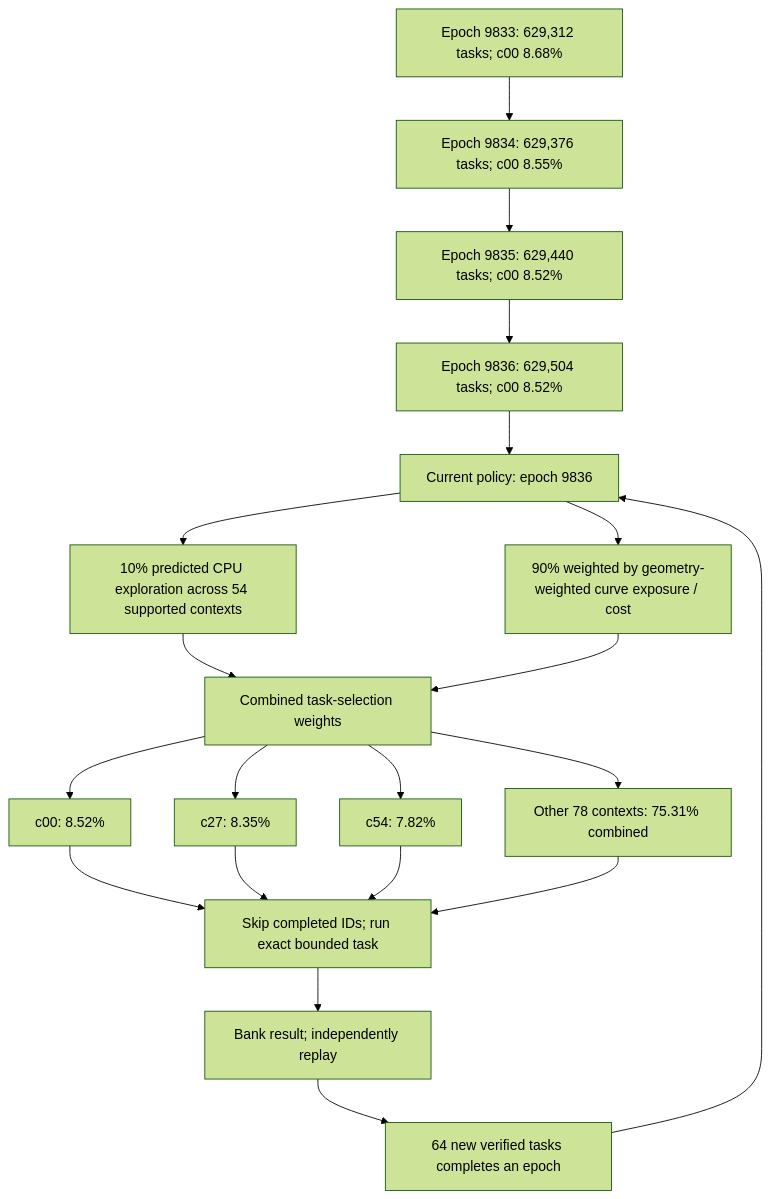
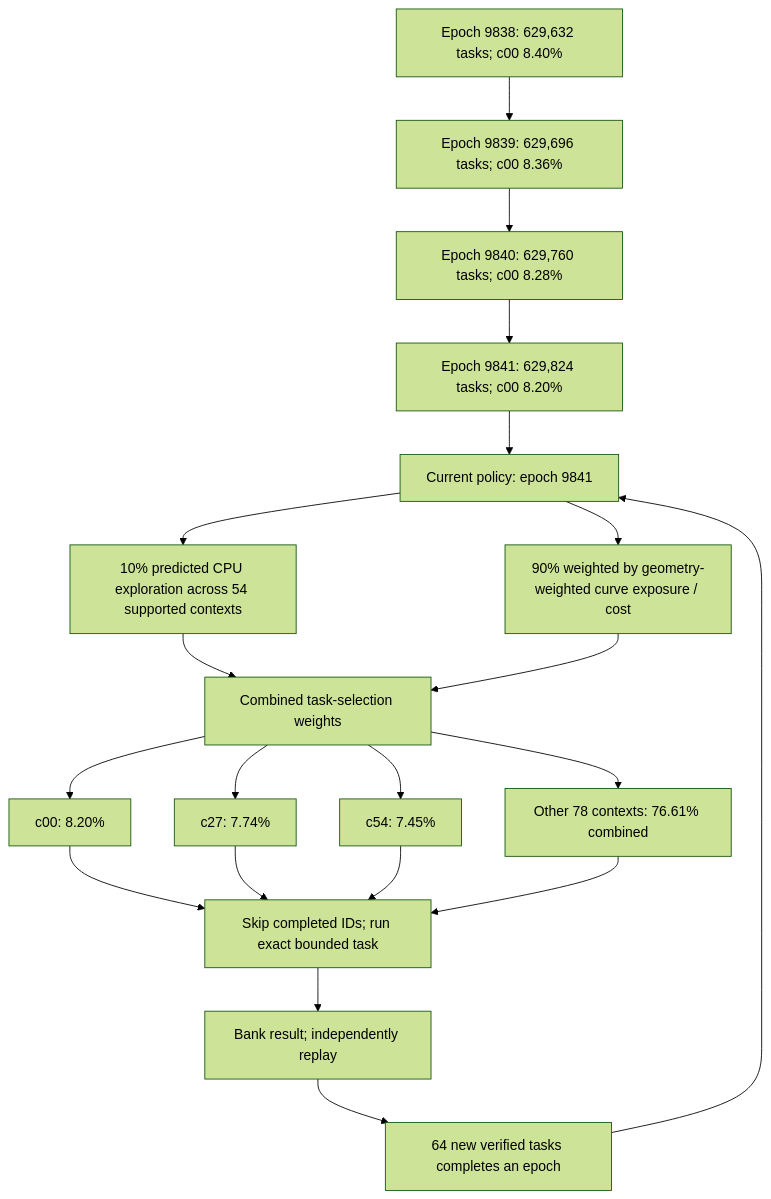
Before and after one commit to Kuberwastaken/math-gambling: the first of 4 diagrams in README.md, drawn with Mermaid (forest theme). The commit also changed other lines of this file and 807 other files, not shown here.

````diff
--- a/README.md
+++ b/README.md
@@ -60,27 +60,27 @@
 ```mermaid
 flowchart TD
-    H0["Epoch 9833: 629,312 tasks; c00 8.68%"]
-    H1["Epoch 9834: 629,376 tasks; c00 8.55%"]
+    H0["Epoch 9838: 629,632 tasks; c00 8.40%"]
+    H1["Epoch 9839: 629,696 tasks; c00 8.36%"]
     H0 --> H1
-    H2["Epoch 9835: 629,440 tasks; c00 8.52%"]
+    H2["Epoch 9840: 629,760 tasks; c00 8.28%"]
     H1 --> H2
-    H3["Epoch 9836: 629,504 tasks; c00 8.52%"]
+    H3["Epoch 9841: 629,824 tasks; c00 8.20%"]
     H2 --> H3
-    Policy["Current policy: epoch 9836"]
+    Policy["Current policy: epoch 9841"]
     H3 --> Policy
     Policy --> Explore["10% predicted CPU exploration across 54 supported contexts"]
     Policy --> Cost["90% weighted by geometry-weighted curve exposure / cost"]
     Explore --> Mix["Combined task-selection weights"]
     Cost --> Mix
-    Mix --> C0["c00: 8.52%"]
-    Mix --> C1["c27: 8.35%"]
-    Mix --> C2["c54: 7.82%"]
-    Mix --> Rest["Other 78 contexts: 75.31% combined"]
+    Mix --> C0["c00: 8.20%"]
+    Mix --> C1["c27: 7.74%"]
+    Mix --> C2["c54: 7.45%"]
+    Mix --> Rest["Other 78 contexts: 76.61% combined"]
     C0 --> Check["Skip completed IDs; run exact bounded task"]
     C1 --> Check
     C2 --> Check
     Rest --> Check
     Check --> Replay["Bank result; independently replay"]
     Replay --> Gate["64 new verified tasks completes an epoch"]
     Gate --> Policy
 ```
````
